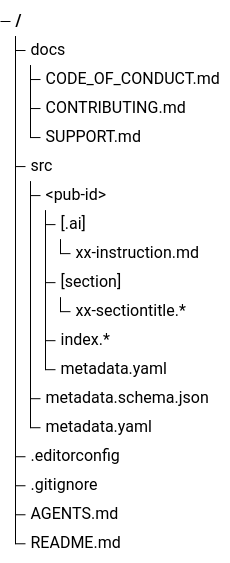
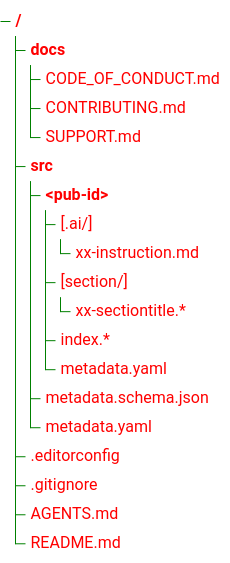
One commit to shorodilov/publications changed the diagram in README.md. Above: the diagram before and after it, drawn with Mermaid. The commit also changed other lines of this file, not shown here.

Commit message:
fix: update readme file
Fixed `treeView` diagram and `pub-id` in content description.

````diff
--- a/README.md
+++ b/README.md
@@ -17,21 +17,28 @@
 ```mermaid
+---
+config:
+    themeVariables:
+        treeView:
+            labelColor: "red"
+            lineColor: "green"
+---
 treeView-beta
-    docs
-        CODE_OF_CONDUCT.md
-        CONTRIBUTING.md
-        SUPPORT.md
-    src
-        <pub-id>
-            [.ai]
-                xx-instruction.md
-            [section]
-                xx-sectiontitle.*
-            index.*
-            metadata.yaml
-        metadata.schema.json
-        metadata.yaml
-    .editorconfig
-    .gitignore
-    AGENTS.md
-    README.md
+    "docs/"
+        "CODE_OF_CONDUCT.md"
+        "CONTRIBUTING.md"
+        "SUPPORT.md"
+    "src/"
+        "<pub-id>/"
+            "[.ai/]"
+                "xx-instruction.md"
+            "[section/]"
+                "xx-sectiontitle.*"
+            "index.*"
+            "metadata.yaml"
+        "metadata.schema.json"
+        "metadata.yaml"
+    ".editorconfig"
+    ".gitignore"
+    "AGENTS.md"
+    "README.md"
 ```
````
